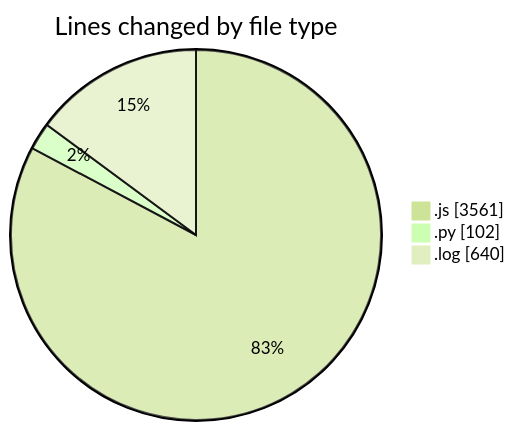
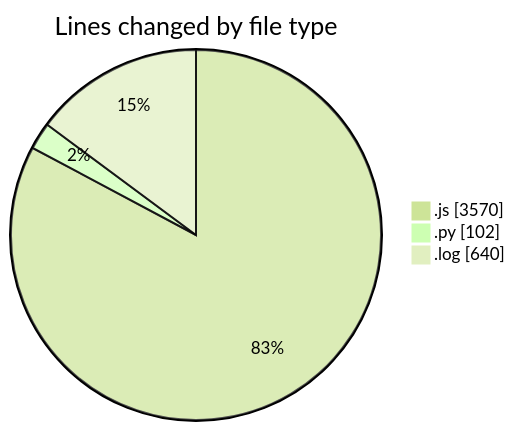
One commit to nxtqubesakshisongat/code-tracking changed the first of 2 diagrams in 2025-04-16/nxtqube_webapp/README.md. Above: the diagram before and after it, drawn with Mermaid (forest theme). The commit also changed other lines of this file and 1 other file, not shown here.

````diff
--- a/2025-04-16/nxtqube_webapp/README.md
+++ b/2025-04-16/nxtqube_webapp/README.md
@@ -24,7 +24,7 @@
 ```mermaid
 pie showData
 title Lines changed by file type
-".js" : 3561
+".js" : 3570
 ".py" : 102
 ".log" : 640
 ```
````
